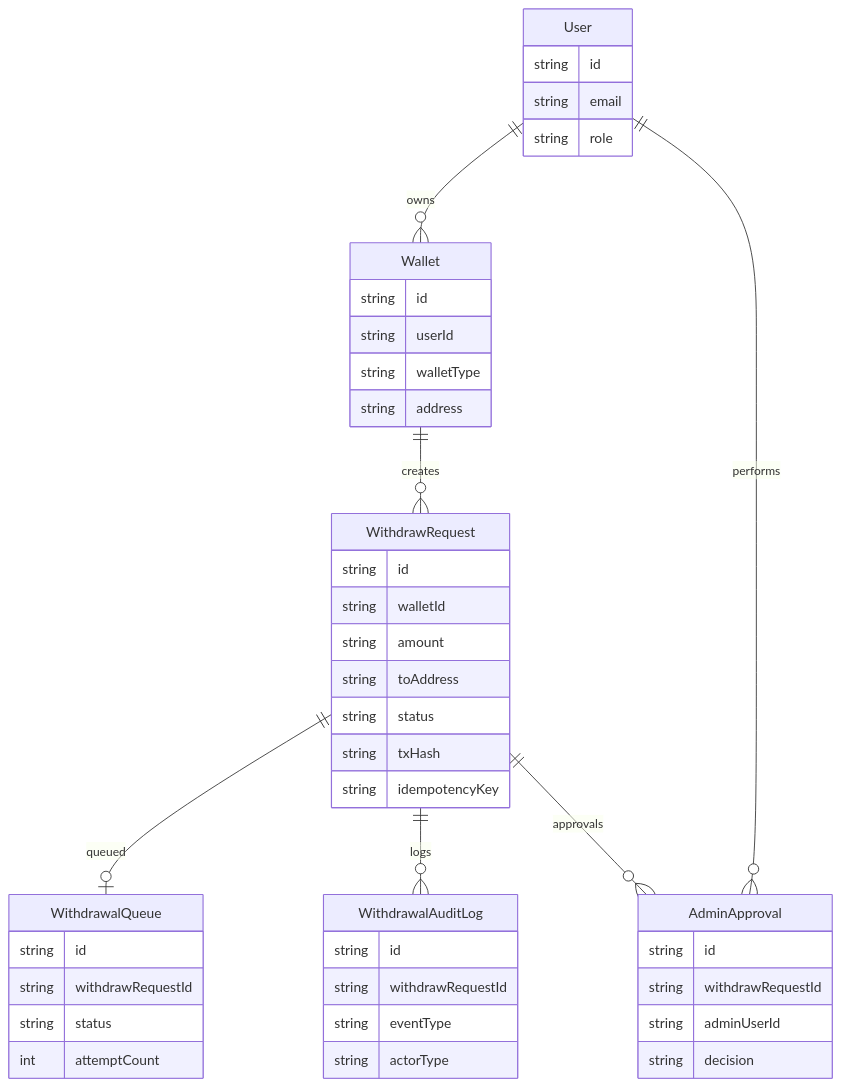
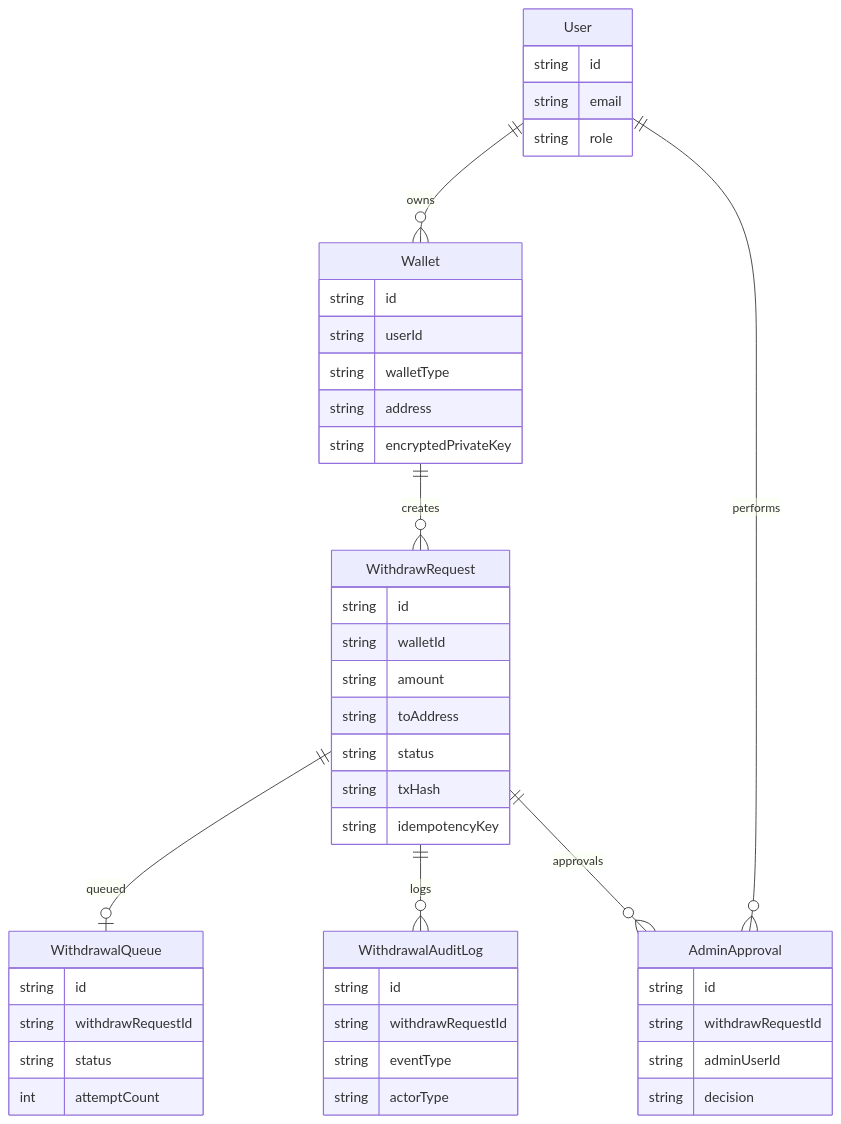
The third of 3 diagrams in apps/api/README.md (Cho-Seolmin/custody-security-wallet-demo), drawn with Mermaid before and after one commit. The commit also changed other lines of this file and 42 other files, not shown here.

````diff
--- a/apps/api/README.md
+++ b/apps/api/README.md
@@ -182,59 +200,60 @@
 ```mermaid
 erDiagram
 
     User ||--o{ Wallet : owns
 
     Wallet ||--o{ WithdrawRequest : creates
 
     WithdrawRequest ||--o| WithdrawalQueue : queued
 
     WithdrawRequest ||--o{ WithdrawalAuditLog : logs
 
     WithdrawRequest ||--o{ AdminApproval : approvals
 
     User ||--o{ AdminApproval : performs
 
     Wallet {
         string id
         string userId
         string walletType
         string address
+        string encryptedPrivateKey
     }
 
     User {
         string id
         string email
         string role
     }
 
     WithdrawRequest {
         string id
         string walletId
         string amount
         string toAddress
         string status
         string txHash
         string idempotencyKey
     }
 
     WithdrawalQueue {
         string id
         string withdrawRequestId
         string status
         int attemptCount
     }
 
     WithdrawalAuditLog {
         string id
         string withdrawRequestId
         string eventType
         string actorType
     }
 
     AdminApproval {
         string id
         string withdrawRequestId
         string adminUserId
         string decision
     }
 ```
````
